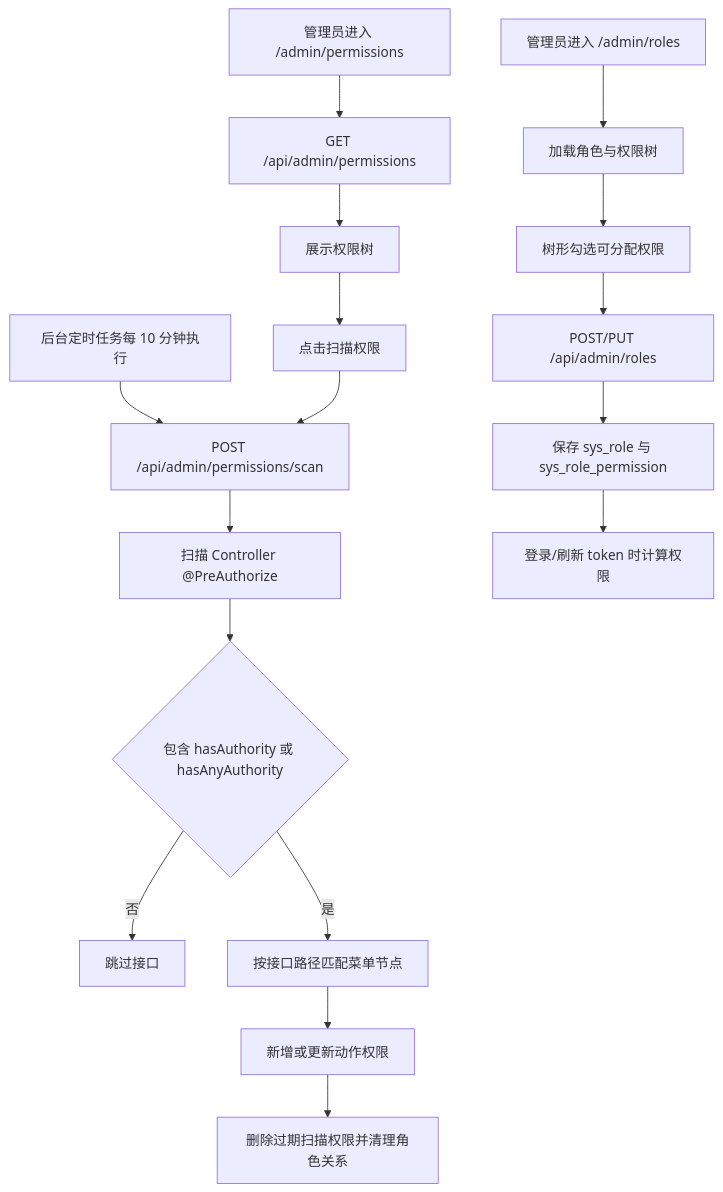
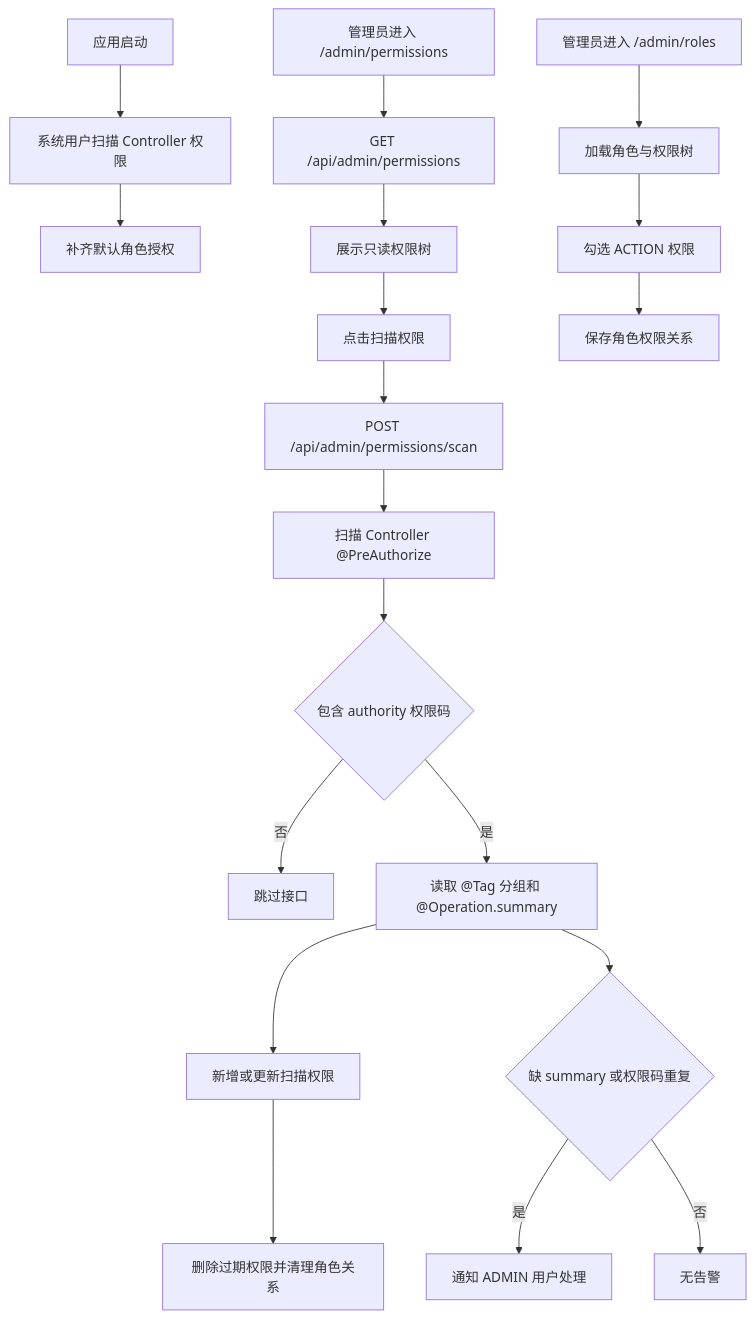
Before and after one commit to guokai2012/exam-ai: the diagram in docs/20260601172600_role-permission-management-flow.md, drawn with Mermaid. The commit also changed other lines of this file and 24 other files, not shown here.

Commit message:
feat: sync permissions from controller scan

````diff
--- a/docs/20260601172600_role-permission-management-flow.md
+++ b/docs/20260601172600_role-permission-management-flow.md
@@ -27,19 +28,21 @@
 ```mermaid
 flowchart TD
-    S["后台定时任务每 10 分钟执行"] --> E["POST /api/admin/permissions/scan 同源扫描逻辑"]
+    S["应用启动"] --> T["系统用户扫描 Controller 权限"]
+    T --> U["补齐默认角色授权"]
     A["管理员进入 /admin/permissions"] --> B["GET /api/admin/permissions"]
-    B --> C["展示权限树"]
+    B --> C["展示只读权限树"]
     C --> D["点击扫描权限"]
     D --> E["POST /api/admin/permissions/scan"]
     E --> F["扫描 Controller @PreAuthorize"]
-    F --> G{"包含 hasAuthority 或 hasAnyAuthority"}
+    F --> G{"包含 authority 权限码"}
     G -- "否" --> H["跳过接口"]
-    G -- "是" --> I["按接口路径匹配菜单节点"]
-    I --> J["新增或更新动作权限"]
-    J --> K["删除过期扫描权限并清理角色关系"]
-    L["管理员进入 /admin/roles"] --> M["加载角色与权限树"]
-    M --> N["树形勾选可分配权限"]
-    N --> O["POST/PUT /api/admin/roles"]
-    O --> P["保存 sys_role 与 sys_role_permission"]
-    P --> Q["登录/刷新 token 时计算权限"]
+    G -- "是" --> I["读取 @Tag 分组和 @Operation.summary"]
+    I --> J["新增或更新扫描权限"]
+    J --> K["删除过期权限并清理角色关系"]
+    I --> L{"缺 summary 或权限码重复"}
+    L -- "是" --> M["通知 ADMIN 用户处理"]
+    L -- "否" --> N["无告警"]
+    O["管理员进入 /admin/roles"] --> P["加载角色与权限树"]
+    P --> Q["勾选 ACTION 权限"]
+    Q --> R["保存角色权限关系"]
 ```
````
